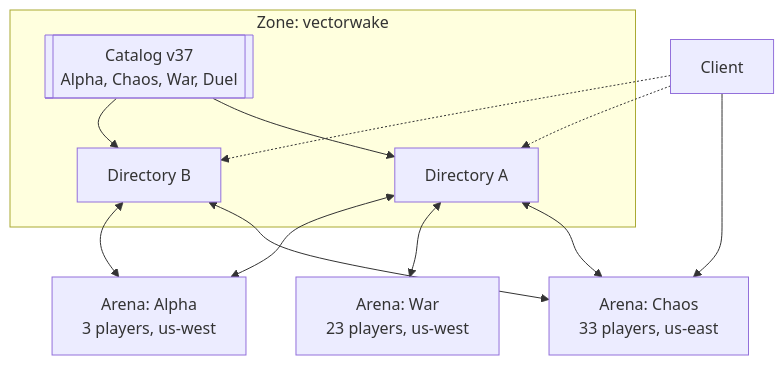
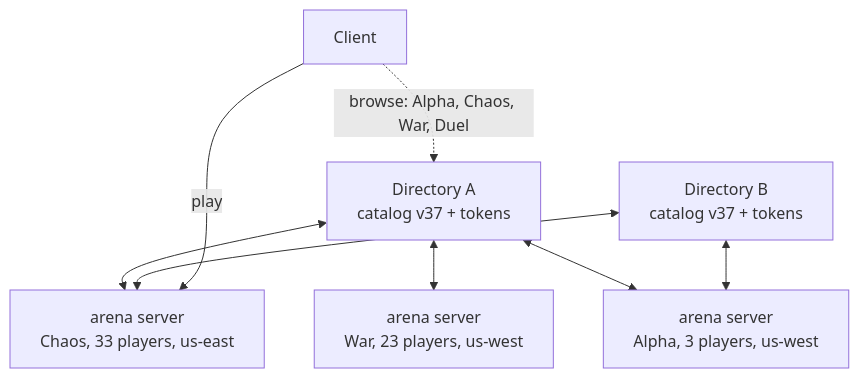
Before and after one commit to criccomini/vectorwake: the diagram in docs/architecture/zones-and-arenas.md, drawn with Mermaid. The commit also changed other lines of this file and 7 other files, not shown here.

First line of the commit message:
A zone is one game, and a directory serves many of them

````diff
--- a/docs/architecture/zones-and-arenas.md
+++ b/docs/architecture/zones-and-arenas.md
@@ -40,16 +42,12 @@
 ```mermaid
 flowchart TB
-    subgraph Zone["Zone: vectorwake"]
-        CAT[["Catalog v37<br/>Alpha, Chaos, War, Duel"]]
-        D1["Directory A"]
-        D2["Directory B"]
-        CAT --> D1 & D2
-    end
-    A1["Arena: Chaos<br/>33 players, us-east"]
-    A2["Arena: War<br/>23 players, us-west"]
-    A3["Arena: Alpha<br/>3 players, us-west"]
+    D1["Directory A<br/>catalog v37 + tokens"]
+    D2["Directory B<br/>catalog v37 + tokens"]
+    A1["arena server<br/>Chaos, 33 players, us-east"]
+    A2["arena server<br/>War, 23 players, us-west"]
+    A3["arena server<br/>Alpha, 3 players, us-west"]
     D1 <--> A1 & A2 & A3
     D2 <--> A1 & A3
-    P["Client"] -.-> D1 & D2
-    P --> A1
+    P["Client"] -. "browse: Alpha, Chaos, War, Duel" .-> D1
+    P -- play --> A1
 ```
````
